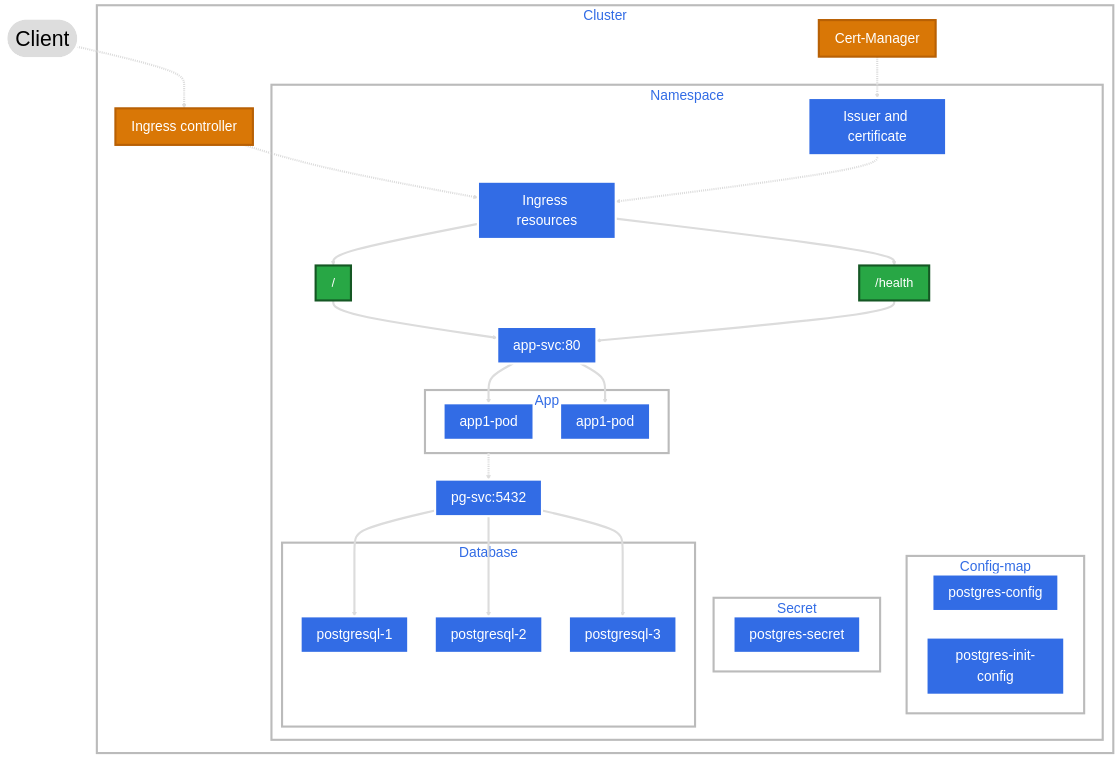
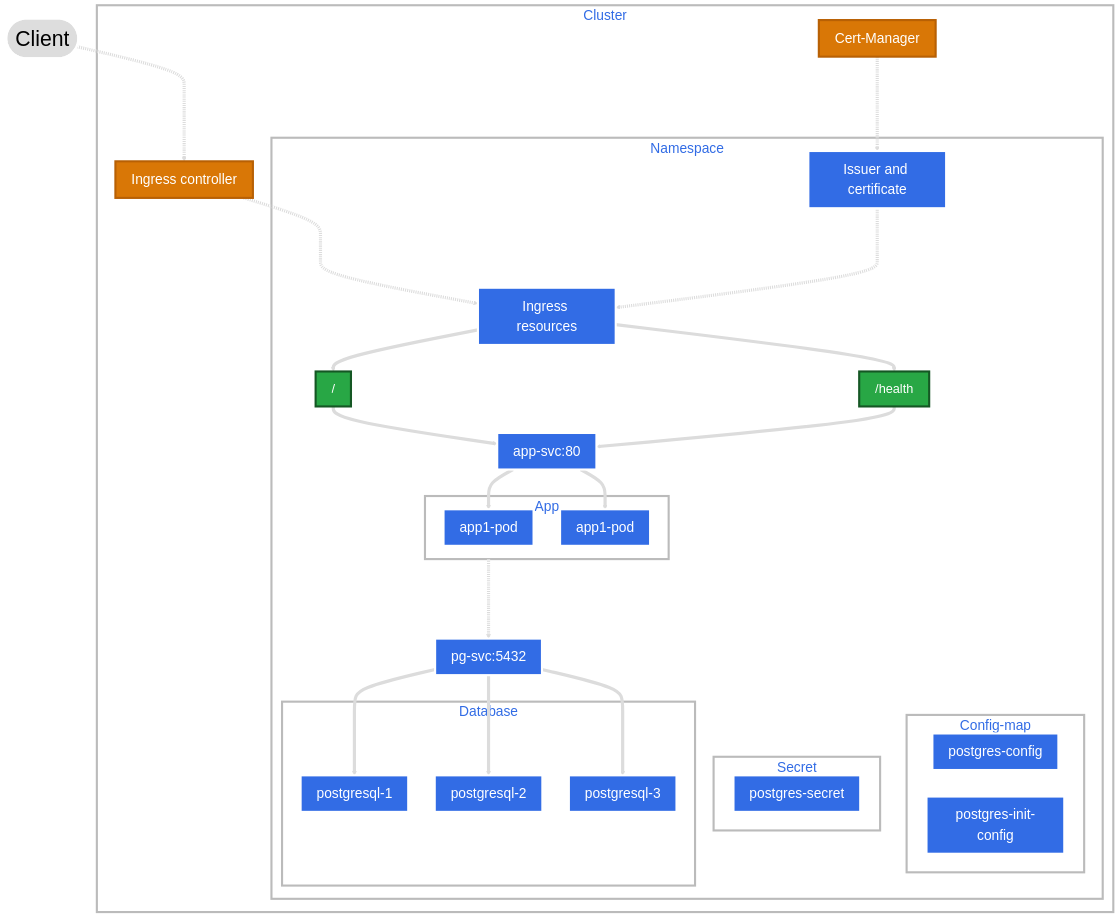
Before and after one commit to minex970/python-based-todo-application: the diagram in README.md, drawn with Mermaid.

Commit message:
Updated the diagram

````diff
--- a/README.md
+++ b/README.md
@@ -7,61 +7,61 @@
 ```mermaid
 graph TD;
-  client([Client]) -.-> ingress[Ingress controller];
-  ingress[Ingress controller] -.-> n-ingress[Ingress resources];
-  cert-manager[Cert-Manager] -.-> cert-resource[Issuer and certificate];
+  client([Client]) -...-> ingress[Ingress controller];
+  ingress[Ingress controller] -...-> n-ingress[Ingress resources];
+  cert-manager[Cert-Manager] -...-> cert-resource[Issuer and certificate];
   n-ingress --> path1["/"] --> service1[app-svc:80];
   n-ingress --> path2["/health"] -->service1[app-svc:80];
-  App -.-> service2[pg-svc:5432]
+  App -...-> service2[pg-svc:5432]
 
   subgraph Cluster
   ingress
   cert-manager
 
   subgraph Namespace
   n-ingress;
   cert-resource;
-  cert-resource -.-> n-ingress;
+  cert-resource -...-> n-ingress;
   service1 --> pod1[app1-pod];
   service1 --> pod2[app1-pod];
   path1
   path2
 
   subgraph App
   pod1
   pod2
   end
   subgraph Config-map
   postgres-config
   postgres-init-config
   end
   subgraph Secret
   postgres-secret
   end
 
   service2[pg-svc:5432] --> pod3[postgresql-1];
   service2[pg-svc:5432] --> pod4[postgresql-2];
   service2[pg-svc:5432] --> pod5[postgresql-3];
 
   subgraph Database
   pod3
   pod4
   pod5
 
   end
   end
   end
 
   classDef plain fill:#ddd,stroke:#fff,stroke-width:4px,color:#000,font-size:40px;
   classDef k8s fill:#326ce5,stroke:#fff,stroke-width:4px,color:#fff,font-size:26px;
   classDef cluster fill:#fff,stroke:#bbb,stroke-width:4px,color:#326ce5,font-size:26px;
   classDef outer fill:#d97706,stroke:#b86004,stroke-width:4px,color:#fff,font-size:26px;
   classDef path fill:#28a745,stroke:#155724,stroke-width:4px,color:#fff,font-size:24px;
-  classDef arrowColor stroke:#dcdcdc,stroke-width:4px;
+  classDef arrowColor stroke:#dcdcdc,stroke-width:6px;
 
   class n-ingress,postgres-secret,postgres-config,postgres-init-config,cert-resource,service1,service2,pod1,pod2,pod3,pod4,pod5 k8s;
   class client plain;
   class Cluster,Namespace,App,Config-map,Secret,Database cluster;
   class ingress,cert-manager outer;
   class path1,path2 path;
-  linkStyle default stroke:#dcdcdc,stroke-width:4px;
+  linkStyle default stroke:#dcdcdc,stroke-width:6px;
 ```
````
